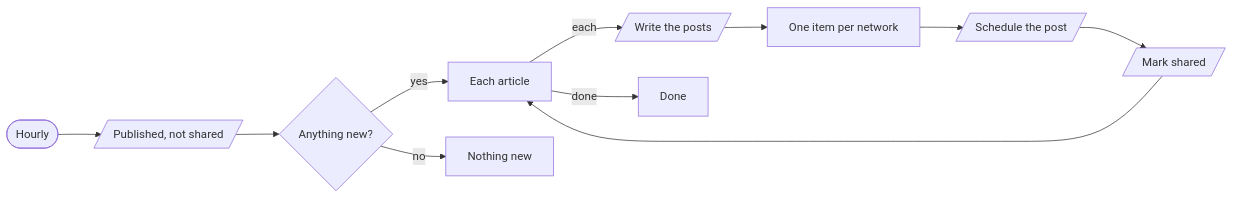
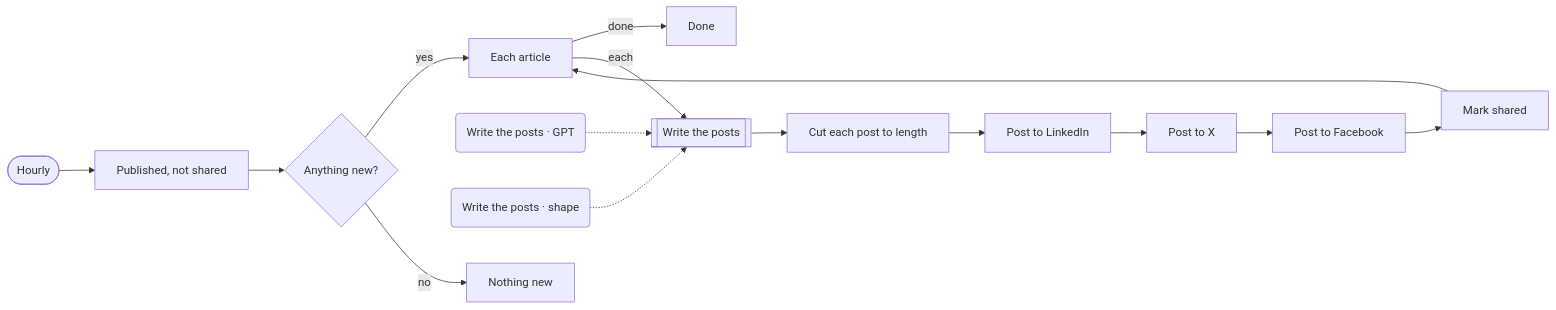
Before and after one commit to kimjoshuadr/n8n-workflows: the third of 3 diagrams in systems/content-pipeline/README.md, drawn with Mermaid. The commit also changed other lines of this file and 184 other files, not shown here.

Commit message:
Finish the move to named platforms: blocks, BambooHR, generated README, schema and platform marks

````diff
--- a/systems/content-pipeline/README.md
+++ b/systems/content-pipeline/README.md
@@ -136,23 +136,31 @@
 ```mermaid
 flowchart LR
   n1vk30ig(["Hourly"])
-  n1yw96nh[/"Published, not shared"/]
+  n1yw96nh["Published, not shared"]
   nqlf16e{"Anything new?"}
   n11omdtq["Each article"]
-  nqfj3vg[/"Write the posts"/]
-  n1ag558f["One item per network"]
-  n21o5xt[/"Schedule the post"/]
-  nskp575[/"Mark shared"/]
+  nqfj3vg[["Write the posts"]]
+  n1nzmdpa("Write the posts · GPT")
+  n18ipvzo("Write the posts · shape")
+  nt9ojid["Cut each post to length"]
+  nqjjk6i["Post to LinkedIn"]
+  n16jzrxo["Post to X"]
+  nf08e4y["Post to Facebook"]
+  nskp575["Mark shared"]
   nnsftqe["Nothing new"]
   n54ca1["Done"]
   n1vk30ig --> n1yw96nh
   n1yw96nh --> nqlf16e
   nqlf16e -->|yes| n11omdtq
   nqlf16e -->|no| nnsftqe
   n11omdtq -->|done| n54ca1
   n11omdtq -->|each| nqfj3vg
-  nqfj3vg --> n1ag558f
-  n1ag558f --> n21o5xt
-  n21o5xt --> nskp575
+  nqfj3vg --> nt9ojid
+  nt9ojid --> nqjjk6i
+  nqjjk6i --> n16jzrxo
+  n16jzrxo --> nf08e4y
+  nf08e4y --> nskp575
   nskp575 --> n11omdtq
+  n1nzmdpa -.-> nqfj3vg
+  n18ipvzo -.-> nqfj3vg
 ```
````
